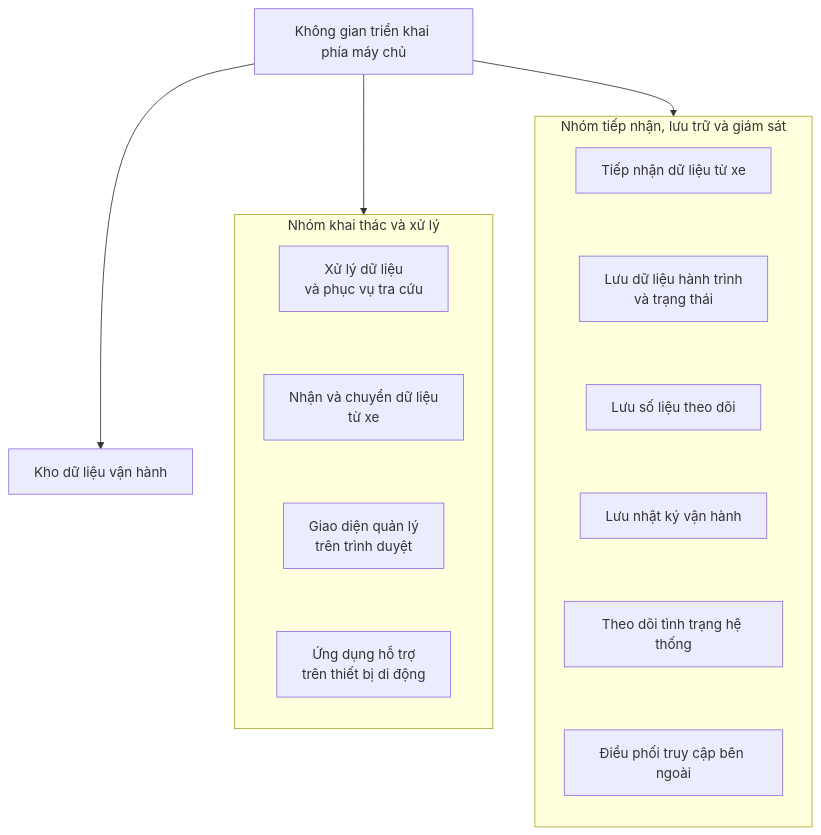
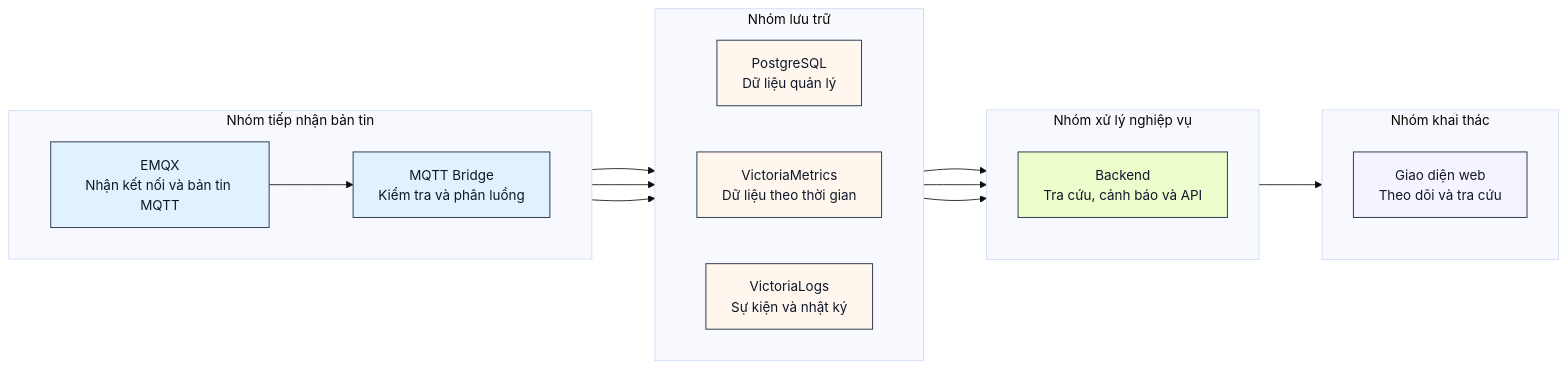
One commit to anmh1205/IoT_Vehicle_Tracking_System changed the diagram in resources/reports/thesis/final/assets/uml/09-chuong-4-trien-khai-cloud-hinh-4-16.mmd. Above: the diagram before and after it, drawn with Mermaid. The commit also changed 75 other files, not shown here.

```diff
--- a/resources/reports/thesis/final/assets/uml/09-chuong-4-trien-khai-cloud-hinh-4-16.mmd
+++ b/resources/reports/thesis/final/assets/uml/09-chuong-4-trien-khai-cloud-hinh-4-16.mmd
@@ -1,30 +1,54 @@
-flowchart TB
-    Root["Không gian triển khai phía máy chủ"]
-
-    subgraph Applications["Nhóm khai thác và xử lý"]
-        direction TB
-        Backend["Xử lý dữ liệu<br/>và phục vụ tra cứu"]
-        Bridge["Nhận và chuyển dữ liệu<br/>từ xe"]
-        Frontend["Giao diện quản lý<br/>trên trình duyệt"]
-        Mobile["Ứng dụng hỗ trợ<br/>trên thiết bị di động"]
-        Backend --> Bridge --> Frontend --> Mobile
+---
+config:
+  theme: base
+  look: classic
+  fontFamily: Noto Sans, Segoe UI, Arial, sans-serif
+  flowchart:
+    htmlLabels: true
+    nodeSpacing: 55
+    rankSpacing: 75
+---
+flowchart LR
+    subgraph A["Nhóm tiếp nhận bản tin"]
+        direction LR
+        EMQX["EMQX<br/>Nhận kết nối và bản tin MQTT"]
+        Bridge["MQTT Bridge<br/>Kiểm tra và phân luồng"]
+        EMQX --> Bridge
     end
 
-    subgraph Infrastructure["Nhóm tiếp nhận, lưu trữ và giám sát"]
-        direction TB
-        EMQX["Tiếp nhận dữ liệu từ xe"]
-        PostgreSQLNode["Lưu dữ liệu hành trình<br/>và trạng thái"]
-        VictoriaMetricsNode["Lưu số liệu theo dõi"]
-        VictoriaLogsNode["Lưu nhật ký vận hành"]
-        Grafana["Theo dõi tình trạng hệ thống"]
-        NPM["Điều phối truy cập bên ngoài"]
-        EMQX --> PostgreSQLNode --> VictoriaMetricsNode --> VictoriaLogsNode --> Grafana --> NPM
+    subgraph B["Nhóm lưu trữ"]
+        direction LR
+        PostgreSQLNode["PostgreSQL<br/>Dữ liệu quản lý"]
+        VictoriaMetricsNode["VictoriaMetrics<br/>Dữ liệu theo thời gian"]
+        VictoriaLogsNode["VictoriaLogs<br/>Sự kiện và nhật ký"]
     end
 
-    Data["Kho dữ liệu vận hành"]
+    subgraph C["Nhóm xử lý nghiệp vụ"]
+        direction TB
+        Backend["Backend<br/>Tra cứu, cảnh báo và API"]
+    end
 
-    Root --> Applications
-    Root --> Infrastructure
-    Root --> Data
+    subgraph D["Nhóm khai thác"]
+        direction TB
+        Frontend["Giao diện web<br/>Theo dõi và tra cứu"]
+    end
 
-    linkStyle 0,1,2,3,4,5,6,7 stroke:transparent,color:transparent
+    Bridge --> PostgreSQLNode
+    Bridge --> VictoriaMetricsNode
+    Bridge --> VictoriaLogsNode
+
+    PostgreSQLNode --> Backend
+    VictoriaMetricsNode --> Backend
+    VictoriaLogsNode --> Backend
+
+    Backend --> Frontend
+
+    classDef intake fill:#e0f2fe,stroke:#334155,color:#0f172a,stroke-width:1.2px;
+    classDef storage fill:#fff7ed,stroke:#334155,color:#0f172a,stroke-width:1.2px;
+    classDef process fill:#ecfccb,stroke:#334155,color:#0f172a,stroke-width:1.2px;
+    classDef output fill:#f5f3ff,stroke:#334155,color:#0f172a,stroke-width:1.2px;
+
+    class EMQX,Bridge intake;
+    class PostgreSQLNode,VictoriaMetricsNode,VictoriaLogsNode storage;
+    class Backend process;
+    class Frontend output;
```
